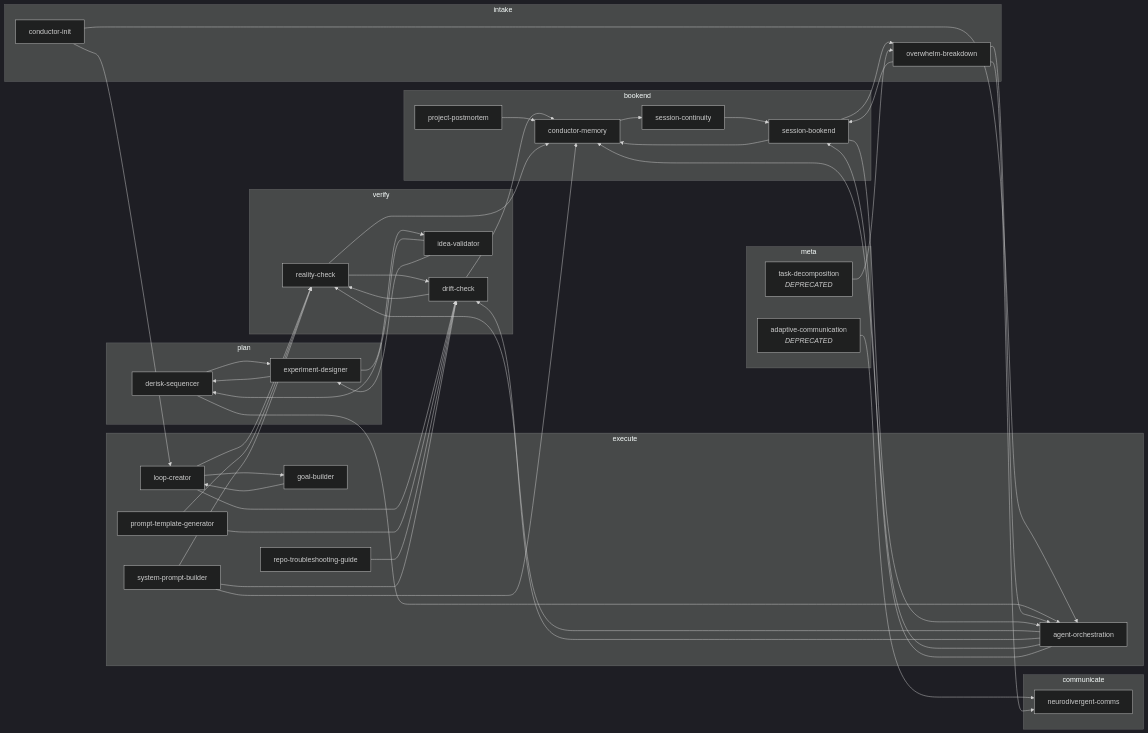
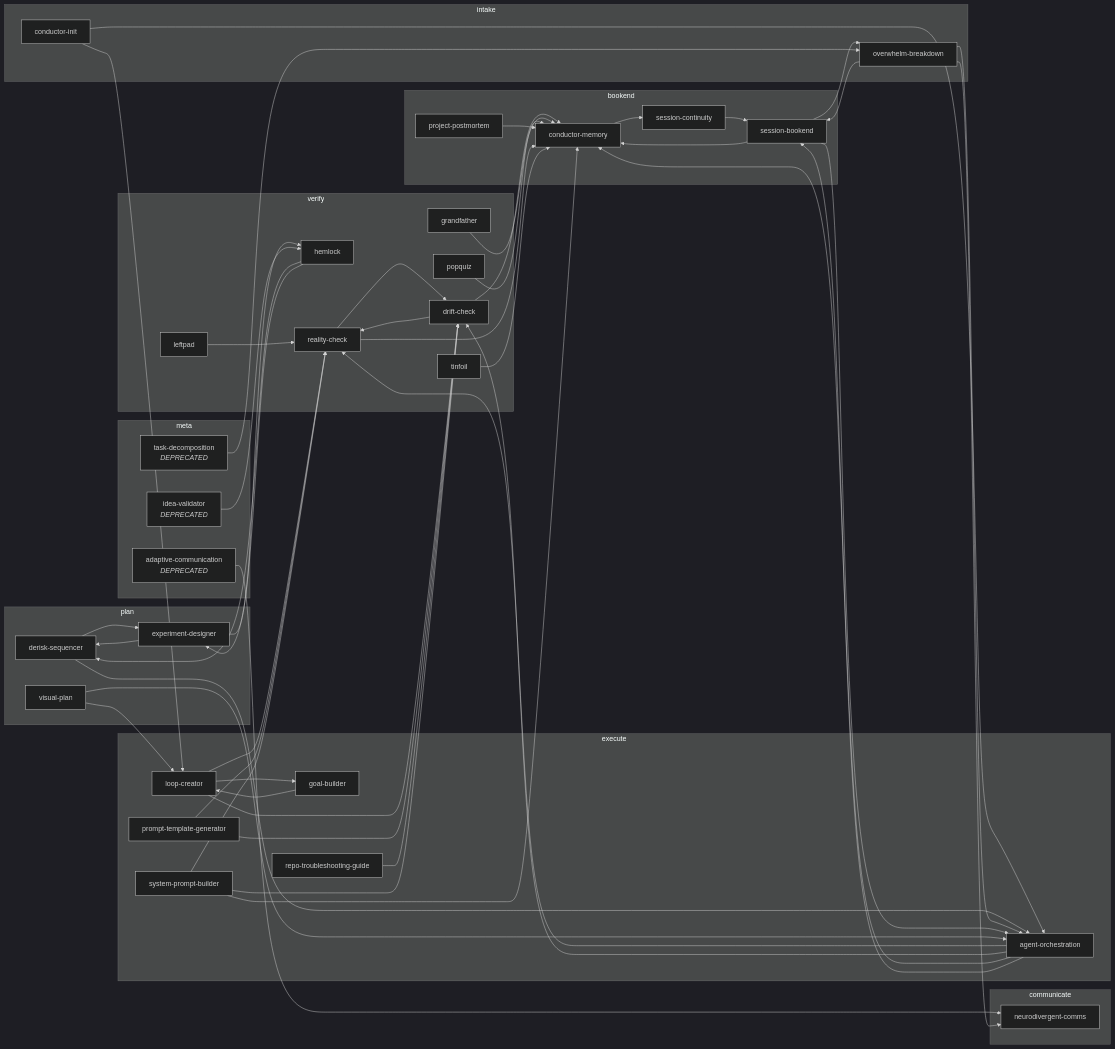
The diagram in skill-graph.md (scoobydrew83/skills), drawn with Mermaid (dark theme) before and after one commit. The commit also changed other lines of this file and 57 other files, not shown here.

````diff
--- a/skill-graph.md
+++ b/skill-graph.md
@@ -39,6 +45,7 @@
   subgraph plan
     derisk-sequencer
     experiment-designer
+    visual-plan
   end
   subgraph execute
     agent-orchestration
@@ -50,8 +57,12 @@
   end
   subgraph verify
     drift-check
-    idea-validator
+    grandfather
+    hemlock
+    leftpad
+    popquiz
     reality-check
+    tinfoil
   end
   subgraph communicate
     neurodivergent-comms
@@ -64,6 +75,7 @@
   end
   subgraph meta
     adaptive-communication["adaptive-communication<br/><i>DEPRECATED</i>"]
+    idea-validator["idea-validator<br/><i>DEPRECATED</i>"]
     task-decomposition["task-decomposition<br/><i>DEPRECATED</i>"]
   end
   adaptive-communication --> neurodivergent-comms
@@ -78,17 +90,21 @@
   derisk-sequencer --> agent-orchestration
   drift-check --> reality-check
   drift-check --> conductor-memory
-  experiment-designer --> idea-validator
+  experiment-designer --> hemlock
   experiment-designer --> derisk-sequencer
   goal-builder --> loop-creator
-  idea-validator --> derisk-sequencer
-  idea-validator --> experiment-designer
+  grandfather --> conductor-memory
+  hemlock --> derisk-sequencer
+  hemlock --> experiment-designer
+  idea-validator --> hemlock
+  leftpad --> reality-check
   loop-creator --> reality-check
   loop-creator --> drift-check
   loop-creator --> goal-builder
   overwhelm-breakdown --> agent-orchestration
   overwhelm-breakdown --> neurodivergent-comms
   overwhelm-breakdown --> session-bookend
+  popquiz --> conductor-memory
   project-postmortem --> conductor-memory
   prompt-template-generator --> drift-check
   prompt-template-generator --> reality-check
@@ -103,4 +119,7 @@
   system-prompt-builder --> drift-check
   system-prompt-builder --> conductor-memory
   task-decomposition --> overwhelm-breakdown
+  tinfoil --> conductor-memory
+  visual-plan --> agent-orchestration
+  visual-plan --> loop-creator
 ```
````
